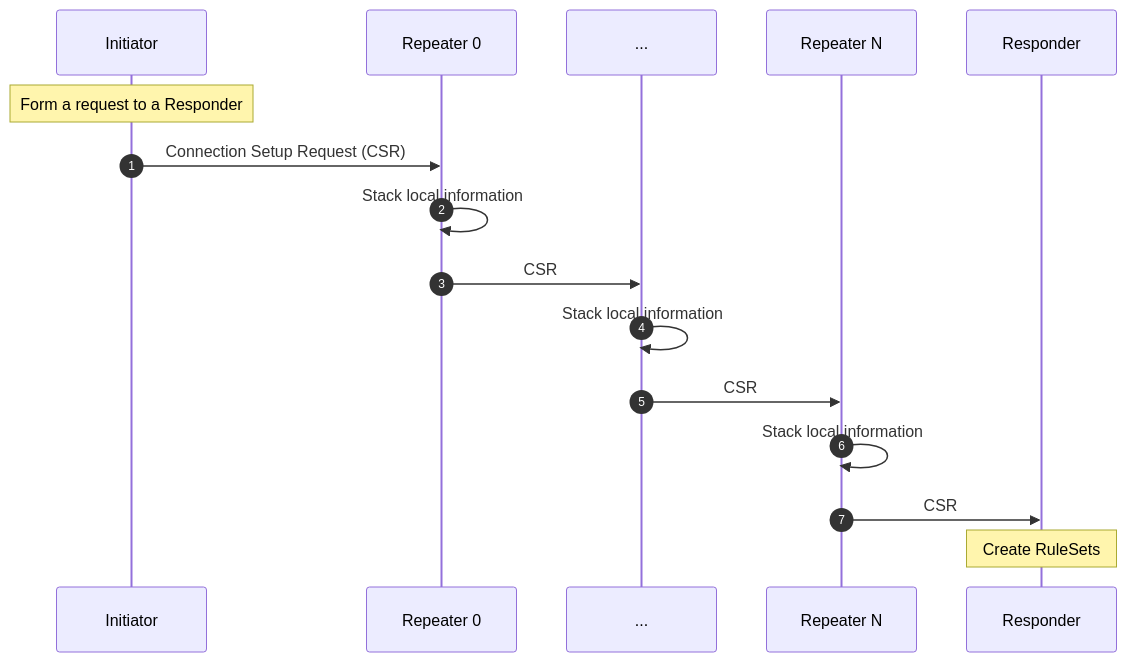
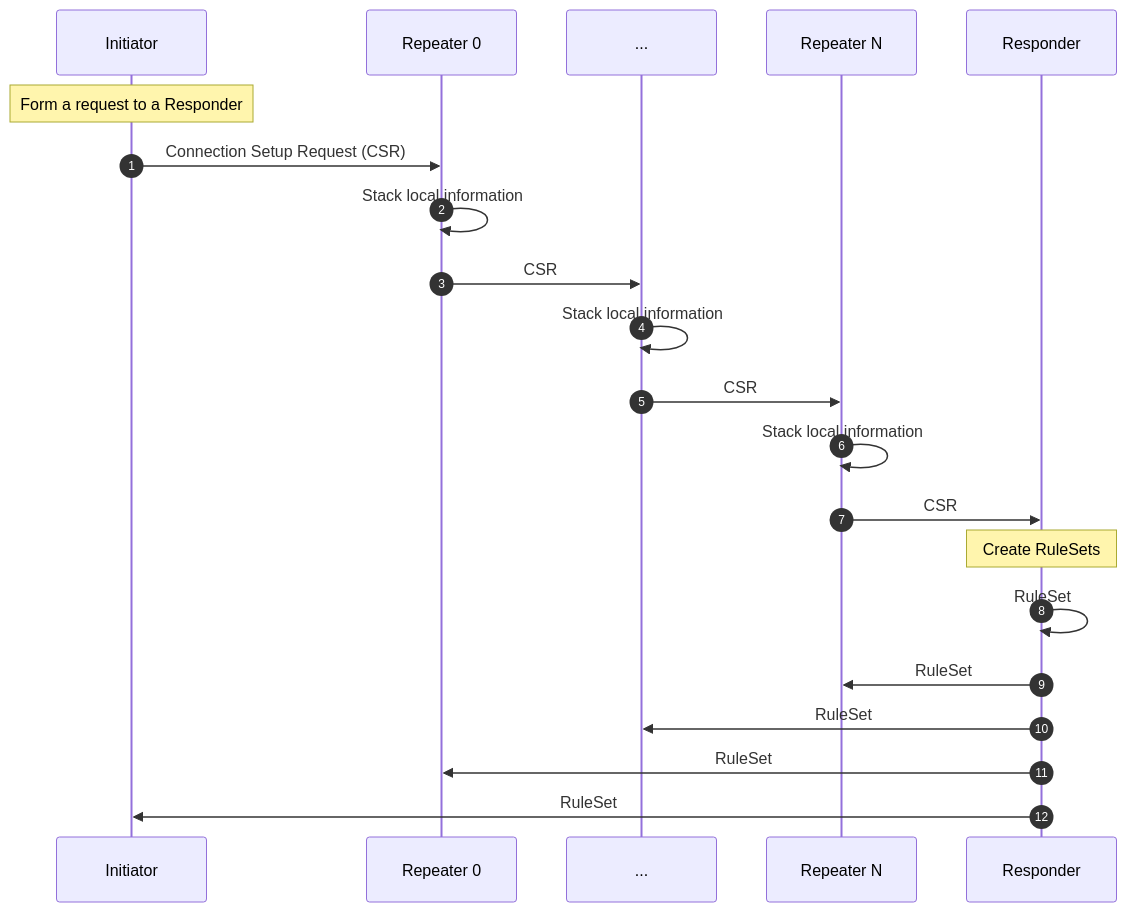
Before and after one commit to sfc-aqua/RuleSetSpec: the first of 2 diagrams in 2.1.ConnectionSetupAndTearDown.md, drawn with Mermaid. The commit also changed other lines of this file, not shown here.

Commit message:
added example sequence diagrams

````diff
--- a/2.1.ConnectionSetupAndTearDown.md
+++ b/2.1.ConnectionSetupAndTearDown.md
@@ -8,19 +8,25 @@
 ```mermaid
 sequenceDiagram
     autonumber
     participant Initiator
     participant Repeater 0
     participant ...
     Participant Repeater N
     participant Responder
 
     Note over Initiator: Form a request to a Responder
     Initiator ->> Repeater 0: Connection Setup Request (CSR)
     Repeater 0 ->> Repeater 0: Stack local information
     Repeater 0 ->> ... : CSR
     ... ->> ...: Stack local information
     ... ->> Repeater N: CSR
     Repeater N ->> Repeater N: Stack local information
     Repeater N ->> Responder: CSR
     Note over Responder: Create RuleSets
+
+    Responder ->> Responder: RuleSet
+    Responder ->> Repeater N: RuleSet
+    Responder ->> ...: RuleSet
+    Responder ->> Repeater 0: RuleSet
+    Responder ->> Initiator: RuleSet
 ```
````
